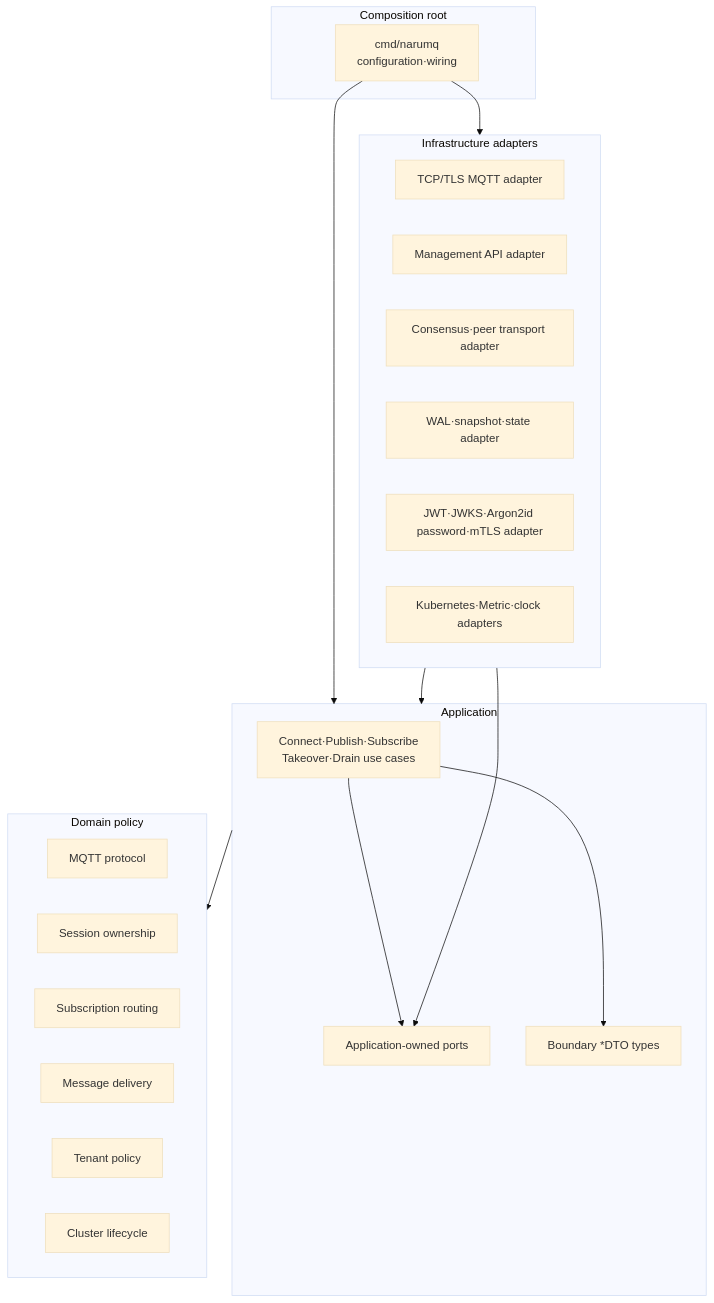
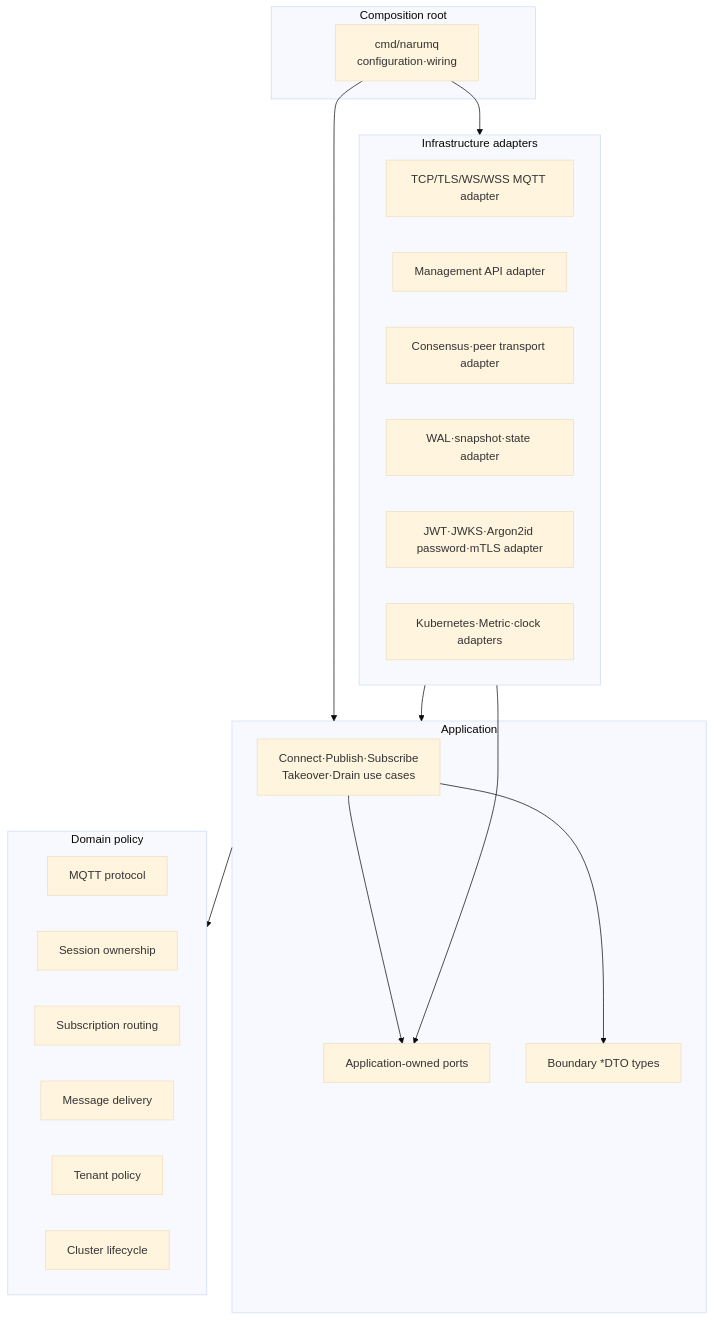
Before and after one commit to kayden-kim/narumq: the diagram in docs/architectures/broker-core.md, drawn with Mermaid (base theme). The commit also changed other lines of this file and 41 other files, not shown here.

Commit message:
feat(mqtt): implement WebSocket and WSS listeners (MQTT-10)

````diff
--- a/docs/architectures/broker-core.md
+++ b/docs/architectures/broker-core.md
@@ -22,38 +22,38 @@
 ```mermaid
 flowchart TB
     subgraph Composition["Composition root"]
         Main["cmd/narumq\nconfiguration·wiring"]
     end
 
     subgraph Adapters["Infrastructure adapters"]
-        MQTTAdapter["TCP/TLS MQTT adapter"]
+        MQTTAdapter["TCP/TLS/WS/WSS MQTT adapter"]
         APIAdapter["Management API adapter"]
         RaftAdapter["Consensus·peer transport adapter"]
         StorageAdapter["WAL·snapshot·state adapter"]
         AuthAdapter["JWT·JWKS·Argon2id password·mTLS adapter"]
         PlatformAdapter["Kubernetes·Metric·clock adapters"]
     end
 
     subgraph Application["Application"]
         UseCases["Connect·Publish·Subscribe\nTakeover·Drain use cases"]
         Ports["Application-owned ports"]
         DTO["Boundary *DTO types"]
     end
 
     subgraph Domain["Domain policy"]
         Protocol["MQTT protocol"]
         Session["Session ownership"]
         Routing["Subscription routing"]
         Delivery["Message delivery"]
         Tenancy["Tenant policy"]
         Lifecycle["Cluster lifecycle"]
     end
 
     Main --> Adapters
     Main --> Application
     Adapters --> Application
     Adapters --> Ports
     Application --> Domain
     UseCases --> Ports
     UseCases --> DTO
 ```
````
